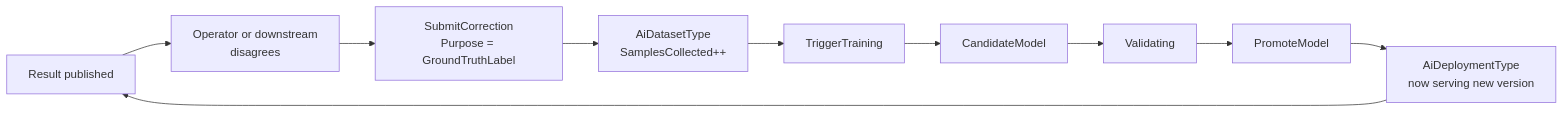
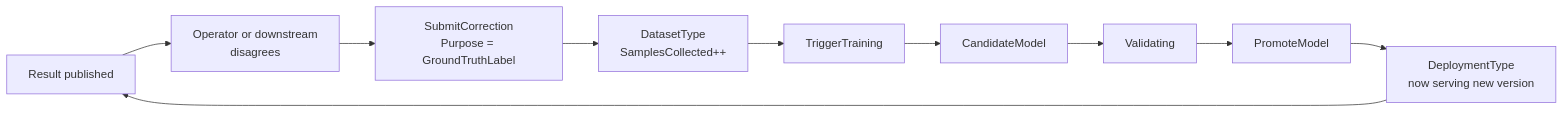
The tenth of 10 diagrams in metaverse-specs/vision/OPC-UA-Vision.md (marcschier/opcua-drafts), drawn with Mermaid before and after one commit. The commit also changed other lines of this file and 46 other files, not shown here.

````diff
--- a/metaverse-specs/vision/OPC-UA-Vision.md
+++ b/metaverse-specs/vision/OPC-UA-Vision.md
@@ -875,12 +886,12 @@
 ```mermaid
 graph LR
     R["Result published"] --> OP["Operator or downstream<br/>disagrees"]
     OP --> C["SubmitCorrection<br/>Purpose = GroundTruthLabel"]
-    C --> D["AiDatasetType<br/>SamplesCollected++"]
+    C --> D["DatasetType<br/>SamplesCollected++"]
     D --> T["TriggerTraining"]
     T --> CM["CandidateModel"]
     CM --> V["Validating"]
     V --> P["PromoteModel"]
-    P --> DEP["AiDeploymentType<br/>now serving new version"]
+    P --> DEP["DeploymentType<br/>now serving new version"]
     DEP --> R
 ```
````
